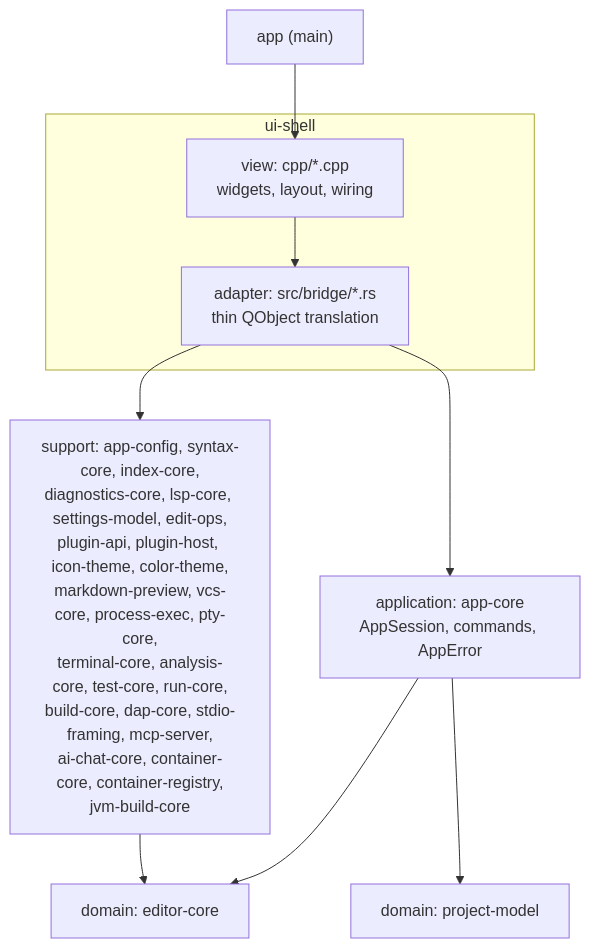
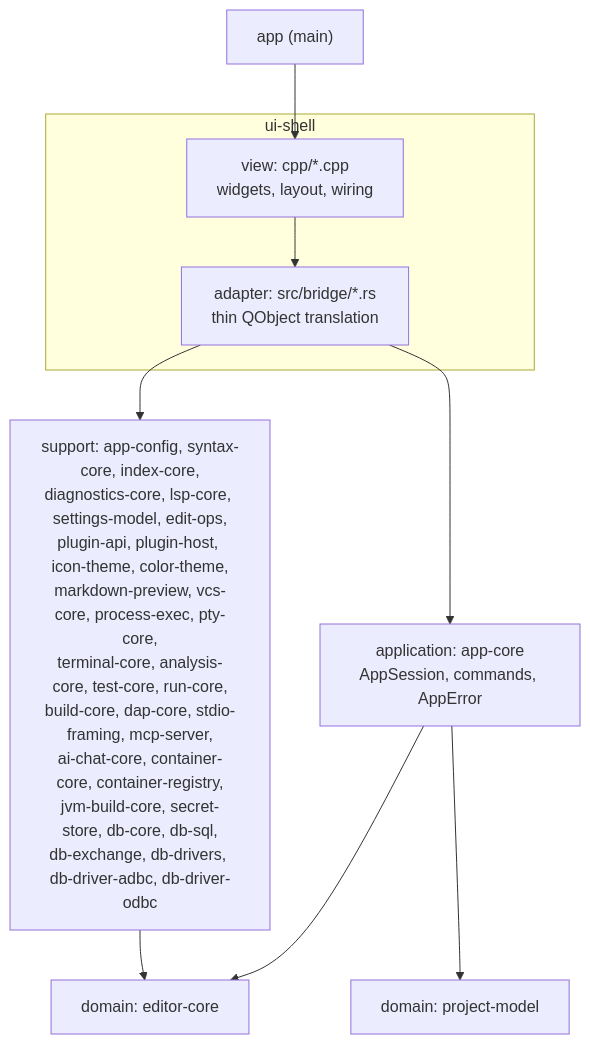
Before and after one commit to floriankraemer/kestrel-ide: the diagram in docs/architecture/overview.md, drawn with Mermaid. The commit also changed other lines of this file and 4 other files, not shown here.

First line of the commit message:
docs(architecture): add the seven database crates to overview/project-structure

````diff
--- a/docs/architecture/overview.md
+++ b/docs/architecture/overview.md
@@ -29,12 +30,12 @@
 ```mermaid
 graph TB
     app["app (main)"] --> view
     subgraph uishell["ui-shell"]
         view["view: cpp/*.cpp<br/>widgets, layout, wiring"] --> adapter["adapter: src/bridge/*.rs<br/>thin QObject translation"]
     end
     adapter --> appcore["application: app-core<br/>AppSession, commands, AppError"]
-    adapter --> support["support: app-config, syntax-core, index-core,<br/>diagnostics-core, lsp-core, settings-model, edit-ops,<br/>plugin-api, plugin-host, icon-theme, color-theme,<br/>markdown-preview, vcs-core, process-exec, pty-core,<br/>terminal-core, analysis-core, test-core, run-core,<br/>build-core, dap-core, stdio-framing, mcp-server,<br/>ai-chat-core, container-core, container-registry,<br/>jvm-build-core"]
+    adapter --> support["support: app-config, syntax-core, index-core,<br/>diagnostics-core, lsp-core, settings-model, edit-ops,<br/>plugin-api, plugin-host, icon-theme, color-theme,<br/>markdown-preview, vcs-core, process-exec, pty-core,<br/>terminal-core, analysis-core, test-core, run-core,<br/>build-core, dap-core, stdio-framing, mcp-server,<br/>ai-chat-core, container-core, container-registry,<br/>jvm-build-core, secret-store, db-core, db-sql,<br/>db-exchange, db-drivers, db-driver-adbc, db-driver-odbc"]
     appcore --> editorcore["domain: editor-core"]
     appcore --> projectmodel["domain: project-model"]
     support --> editorcore
 ```
````
